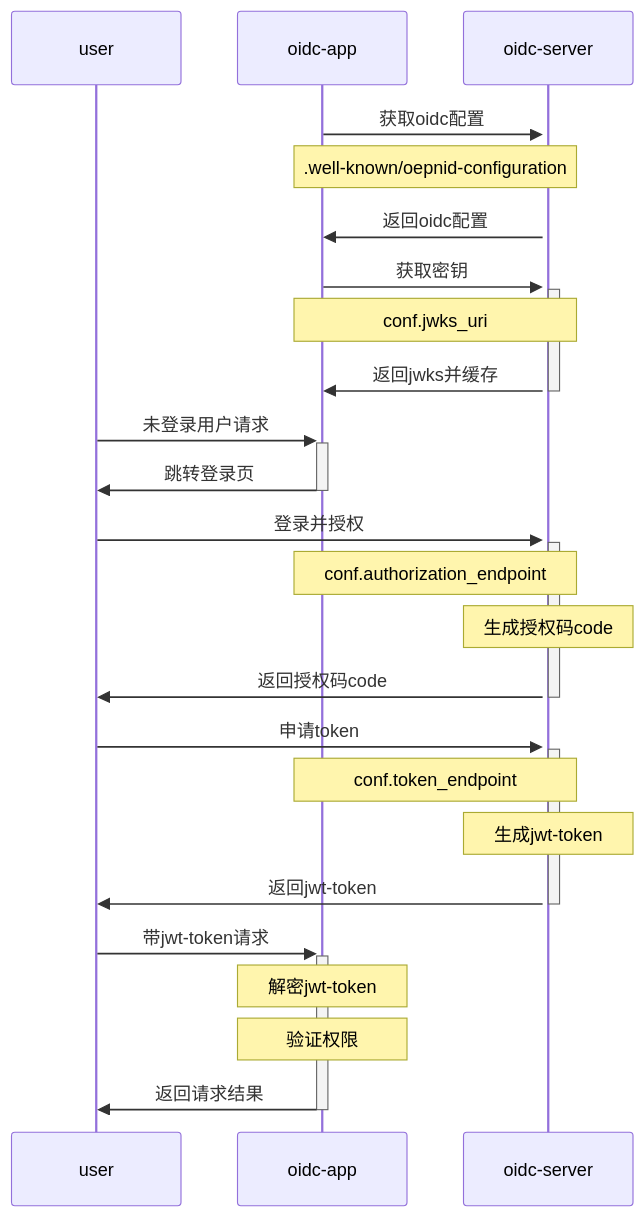
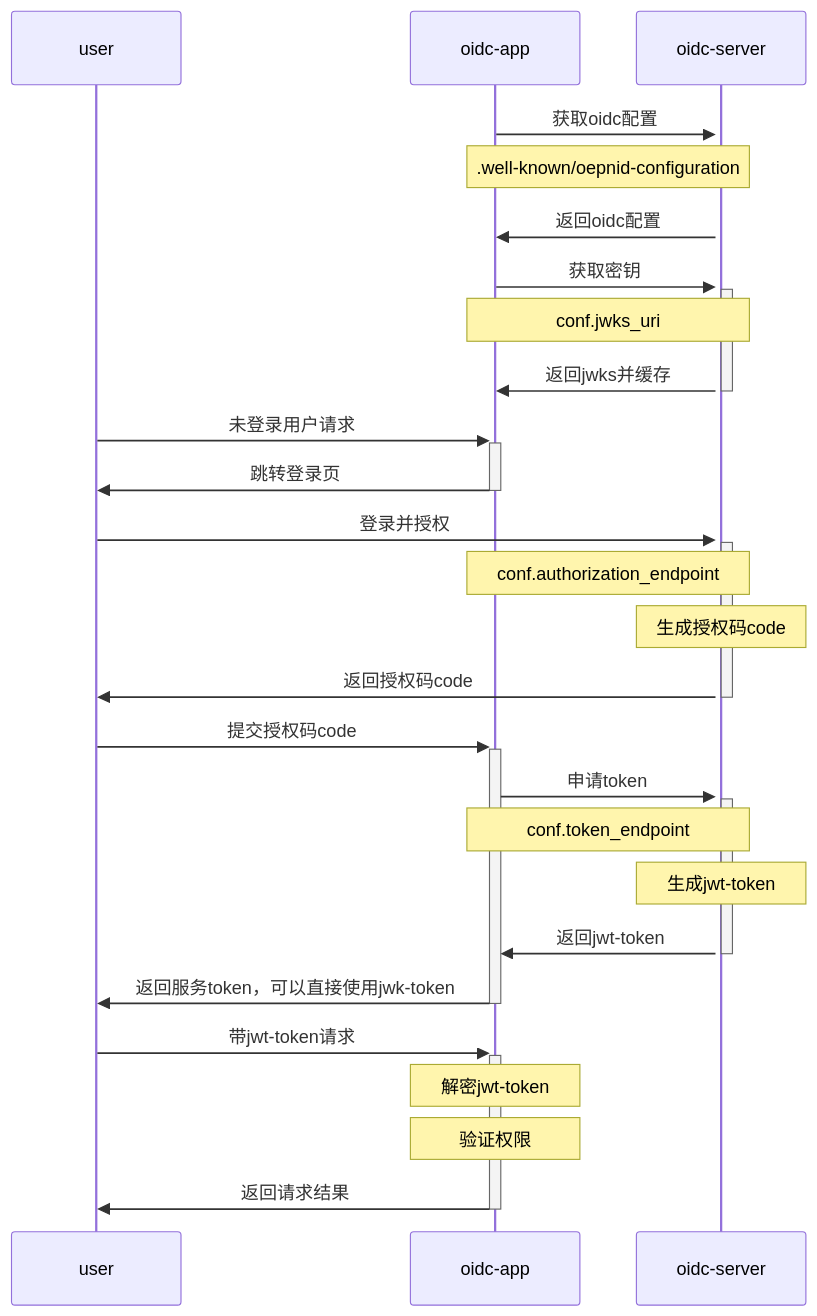
One commit to mapleque/blog changed the diagram in source/_posts/oidc.md. Above: the diagram before and after it, drawn with Mermaid. The commit also changed 7 other files, not shown here.

```diff
--- a/source/_posts/oidc.md
+++ b/source/_posts/oidc.md
@@ -15,31 +15,33 @@
 {% mermaid sequenceDiagram %}
 participant u as user
 participant app as oidc-app
 participant oidc as oidc-server
 
 app ->>+ oidc: 获取oidc配置
 Note over app,oidc: .well-known/oepnid-configuration
 oidc ->> app: 返回oidc配置
 app ->>+ oidc: 获取密钥
 Note over app,oidc: conf.jwks_uri
 oidc ->>- app: 返回jwks并缓存
 
 u ->>+ app: 未登录用户请求
 app ->>- u: 跳转登录页
 
 u ->>+ oidc: 登录并授权
 Note over app,oidc: conf.authorization_endpoint
 Note over oidc: 生成授权码code
 oidc ->>- u: 返回授权码code
 
-u ->>+ oidc: 申请token
+u ->>+ app: 提交授权码code
+app ->>+ oidc: 申请token
 Note over app,oidc: conf.token_endpoint
 
 Note over oidc: 生成jwt-token
-oidc ->>- u: 返回jwt-token
+oidc ->>- app: 返回jwt-token
+app ->>- u: 返回服务token，可以直接使用jwk-token
 u ->>+ app: 带jwt-token请求
 Note over app: 解密jwt-token
 Note over app: 验证权限
 app ->>- u: 返回请求结果
 
 {% endmermaid %}
```
